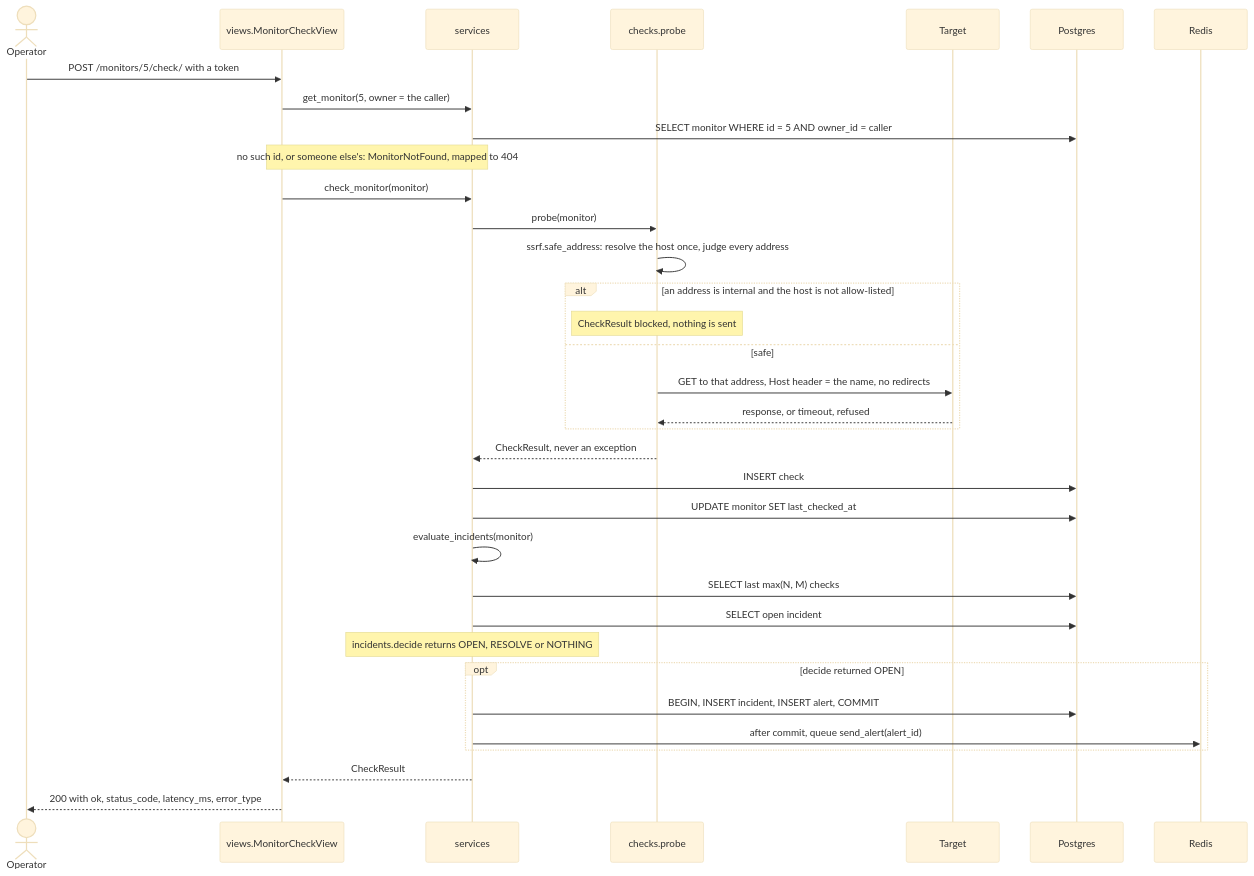
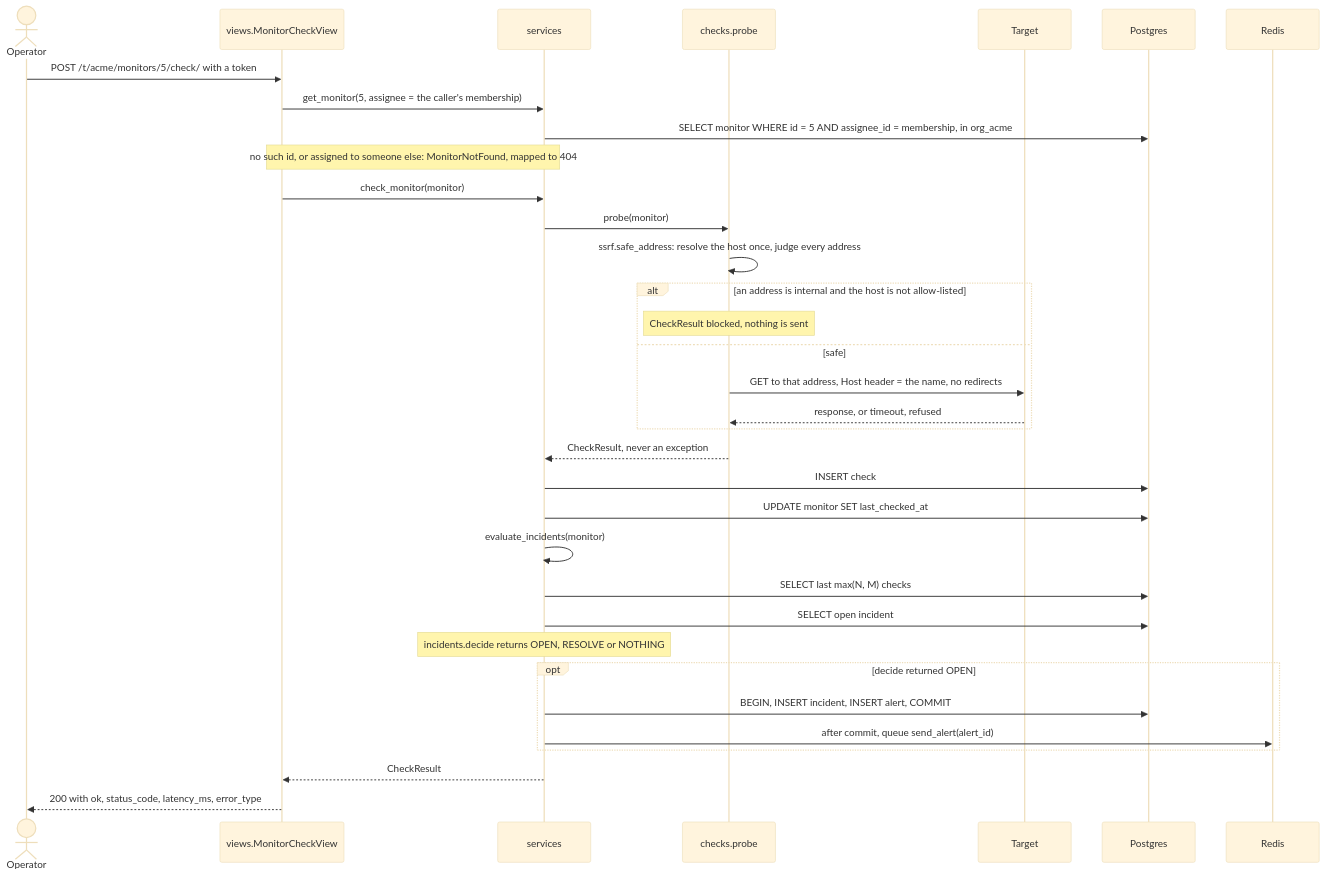
Before and after one commit to wbaghdadi20/pulse: the eighth of 13 diagrams in ARCHITECTURE.md, drawn with Mermaid (base theme). The commit also changed other lines of this file, not shown here.

Commit message:
docs: the architecture with organizations, their schemas and the assignee

````diff
--- a/ARCHITECTURE.md
+++ b/ARCHITECTURE.md
@@ -453,37 +511,37 @@
 ```mermaid
 sequenceDiagram
     actor Operator
     participant V as views.MonitorCheckView
     participant S as services
     participant P as checks.probe
     participant T as Target
     participant DB as Postgres
     participant R as Redis
 
-    Operator->>V: POST /monitors/5/check/ with a token
-    V->>S: get_monitor(5, owner = the caller)
-    S->>DB: SELECT monitor WHERE id = 5 AND owner_id = caller
-    Note over V,S: no such id, or someone else's: MonitorNotFound, mapped to 404
+    Operator->>V: POST /t/acme/monitors/5/check/ with a token
+    V->>S: get_monitor(5, assignee = the caller's membership)
+    S->>DB: SELECT monitor WHERE id = 5 AND assignee_id = membership, in org_acme
+    Note over V,S: no such id, or assigned to someone else: MonitorNotFound, mapped to 404
     V->>S: check_monitor(monitor)
     S->>P: probe(monitor)
     P->>P: ssrf.safe_address: resolve the host once, judge every address
     alt an address is internal and the host is not allow-listed
         Note over P: CheckResult blocked, nothing is sent
     else safe
         P->>T: GET to that address, Host header = the name, no redirects
         T-->>P: response, or timeout, refused
     end
     P-->>S: CheckResult, never an exception
     S->>DB: INSERT check
     S->>DB: UPDATE monitor SET last_checked_at
     S->>S: evaluate_incidents(monitor)
     S->>DB: SELECT last max(N, M) checks
     S->>DB: SELECT open incident
     Note over S: incidents.decide returns OPEN, RESOLVE or NOTHING
     opt decide returned OPEN
         S->>DB: BEGIN, INSERT incident, INSERT alert, COMMIT
         S->>R: after commit, queue send_alert(alert_id)
     end
     S-->>V: CheckResult
     V-->>Operator: 200 with ok, status_code, latency_ms, error_type
 ```
````
